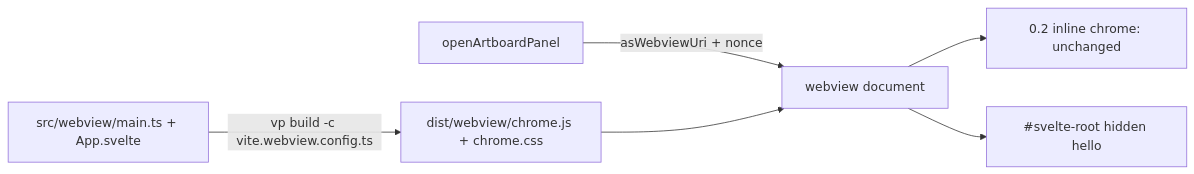
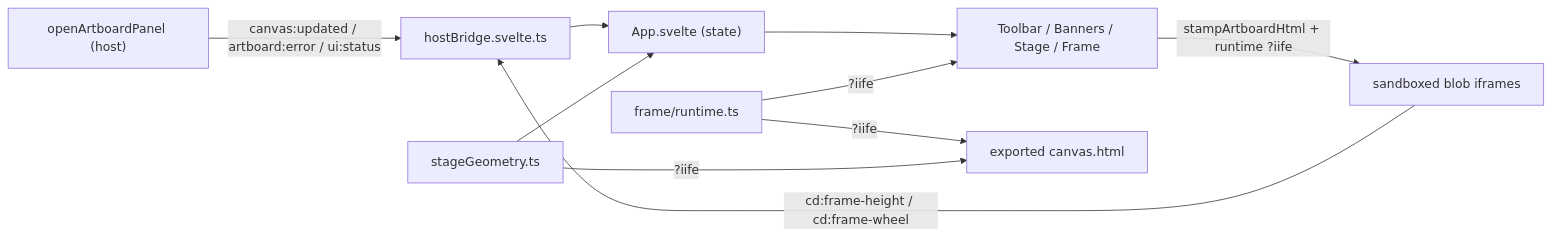
The first of 2 diagrams in blueprint/context/current-feature-overview.md (MarekBombera/cursor-design-extension), drawn with Mermaid before and after one commit. The commit also changed other lines of this file and 44 other files, not shown here.

First line of the commit message:
feat: port the artboard chrome to Svelte 5

````diff
--- a/blueprint/context/current-feature-overview.md
+++ b/blueprint/context/current-feature-overview.md
@@ -18,8 +11,12 @@
 ```mermaid
 flowchart LR
-  src["src/webview/main.ts + App.svelte"] -->|"vp build -c vite.webview.config.ts"| dist["dist/webview/chrome.js + chrome.css"]
-  host["openArtboardPanel"] -->|"asWebviewUri + nonce"| shell["webview document"]
-  dist --> shell
-  shell --> old["0.2 inline chrome: unchanged"]
-  shell --> hello["#svelte-root hidden hello"]
+  host["openArtboardPanel (host)"] -->|"canvas:updated / artboard:error / ui:status"| bridge["hostBridge.svelte.ts"]
+  bridge --> app["App.svelte (state)"]
+  app --> views["Toolbar / Banners / Stage / Frame"]
+  views -->|"stampArtboardHtml + runtime ?iife"| frames["sandboxed blob iframes"]
+  frames -->|"cd:frame-height / cd:frame-wheel"| bridge
+  rt["frame/runtime.ts"] -->|"?iife"| views
+  rt -->|"?iife"| export["exported canvas.html"]
+  geo["stageGeometry.ts"] --> app
+  geo -->|"?iife"| export
 ```
````
